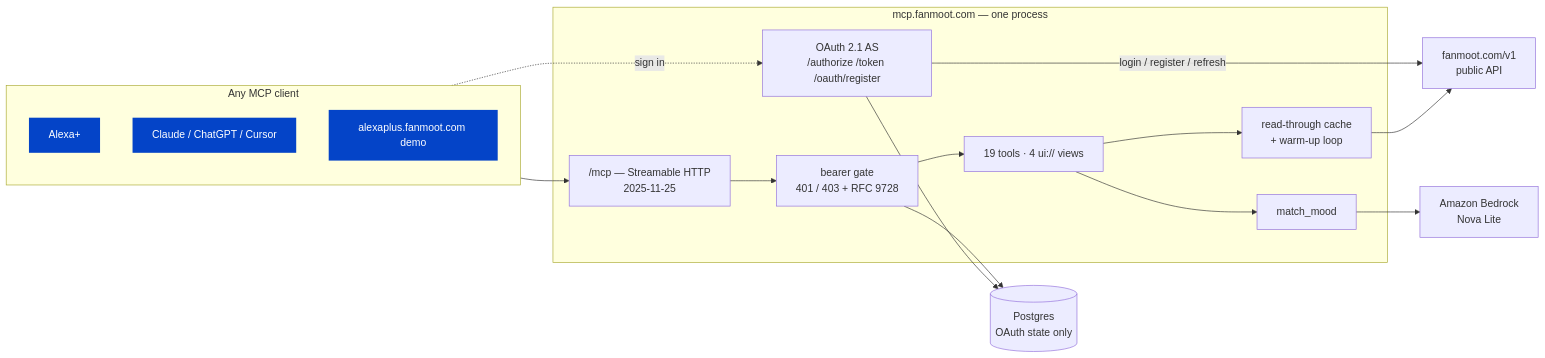
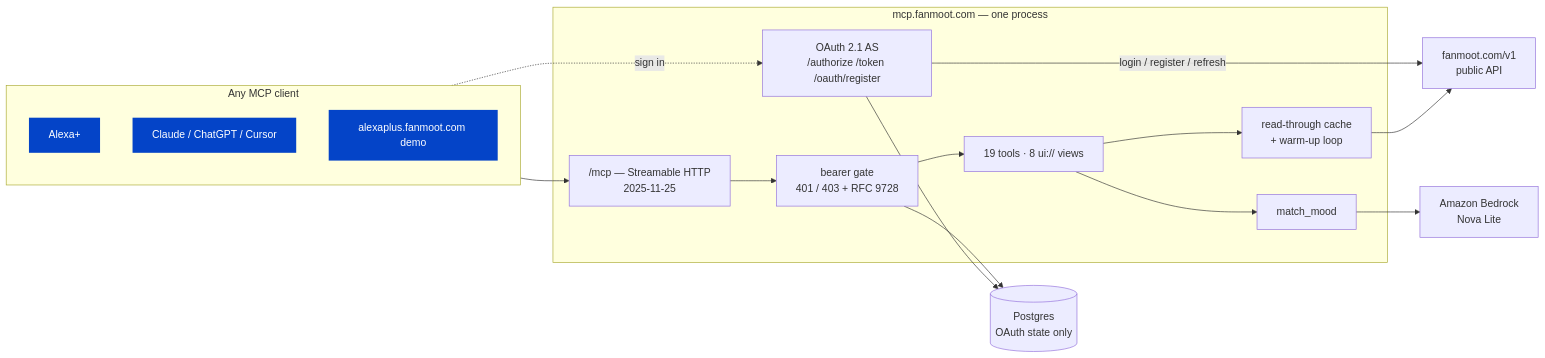
The first of 2 diagrams in README.md (iyinusa/fanmoot-mcp), drawn with Mermaid before and after one commit. The commit also changed other lines of this file and 18 other files, not shown here.

````diff
--- a/README.md
+++ b/README.md
@@ -392,27 +402,27 @@
 ```mermaid
 flowchart LR
     subgraph clients[Any MCP client]
       A[Alexa+]:::c
       C[Claude / ChatGPT / Cursor]:::c
       D[alexaplus.fanmoot.com demo]:::c
     end
     subgraph mcp[mcp.fanmoot.com — one process]
       T["/mcp — Streamable HTTP<br/>2025-11-25"]
       G[bearer gate<br/>401 / 403 + RFC 9728]
       AS["OAuth 2.1 AS<br/>/authorize /token /oauth/register"]
-      TL[19 tools · 4 ui:// views]
+      TL[19 tools · 8 ui:// views]
       K[read-through cache<br/>+ warm-up loop]
       M[match_mood]
     end
     PG[(Postgres<br/>OAuth state only)]
     F[fanmoot.com/v1<br/>public API]
     B[Amazon Bedrock<br/>Nova Lite]
     clients --> T --> G --> TL
     clients -.sign in.-> AS
     AS --> PG
     G --> PG
     TL --> K --> F
     AS -- login / register / refresh --> F
     TL --> M --> B
     classDef c fill:#0444c8,color:#fff,stroke:none
 ```
````
